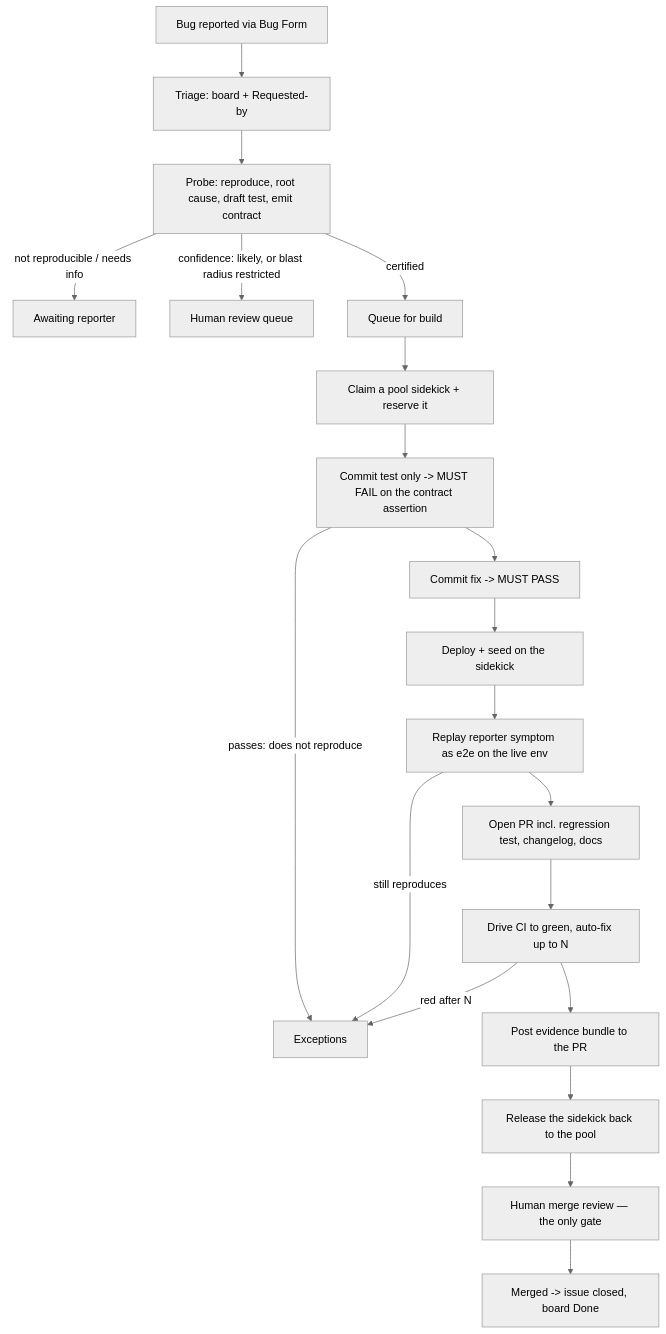
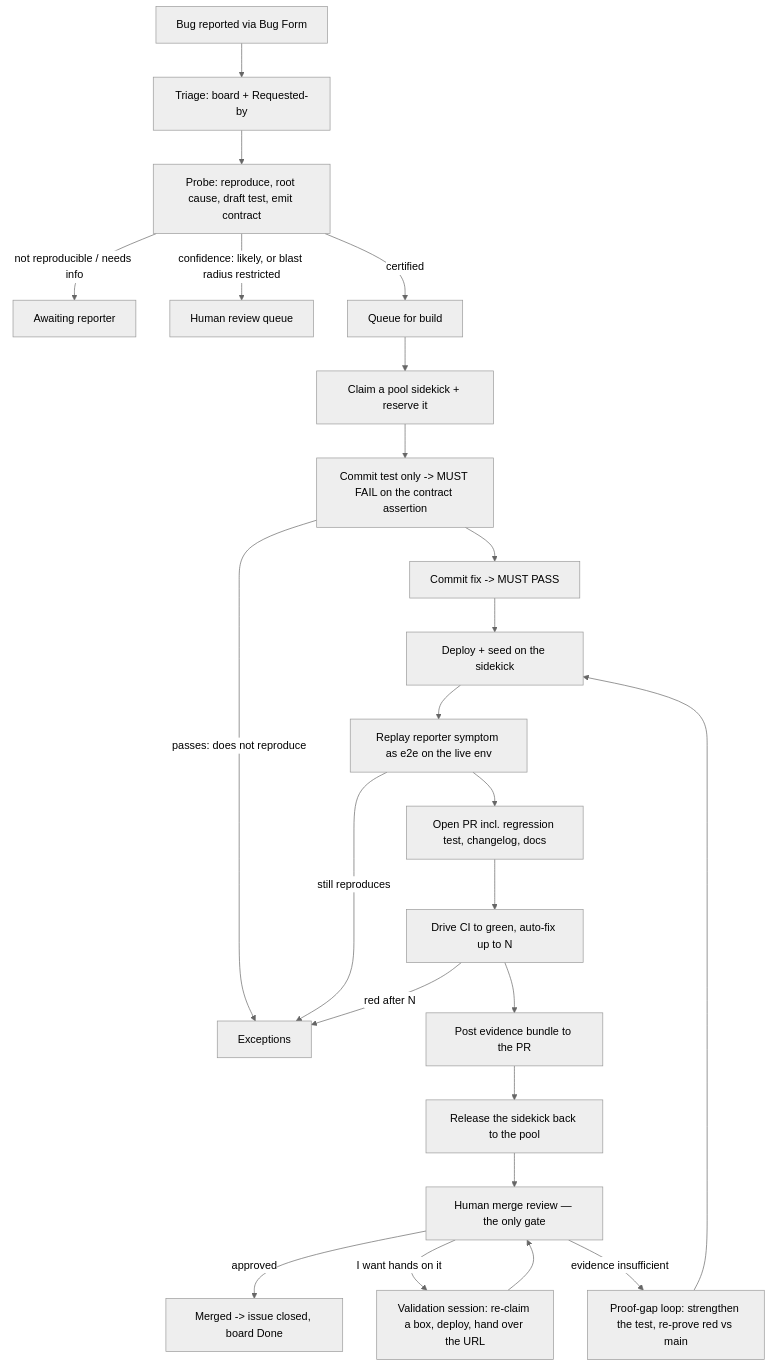
One commit to Fortigi/IdentityAtlas changed the diagram in docs/process/autonomous-bug-pipeline.md. Above: the diagram before and after it, drawn with Mermaid (neutral theme). The commit also changed other lines of this file, not shown here.

````diff
--- a/docs/process/autonomous-bug-pipeline.md
+++ b/docs/process/autonomous-bug-pipeline.md
@@ -102,22 +106,26 @@
 ```mermaid
 flowchart TD
     A[Bug reported via Bug Form] --> B[Triage: board + Requested-by]
     B --> C[Probe: reproduce, root cause, draft test, emit contract]
     C -->|not reproducible / needs info| D[Awaiting reporter]
     C -->|confidence: likely, or blast radius restricted| E[Human review queue]
     C -->|certified| F[Queue for build]
     F --> G[Claim a pool sidekick + reserve it]
     G --> H[Commit test only -> MUST FAIL on the contract assertion]
     H -->|passes: does not reproduce| X[Exceptions]
     H --> I[Commit fix -> MUST PASS]
     I --> J[Deploy + seed on the sidekick]
     J --> K[Replay reporter symptom as e2e on the live env]
     K -->|still reproduces| X
     K --> L[Open PR incl. regression test, changelog, docs]
     L --> M[Drive CI to green, auto-fix up to N]
     M -->|red after N| X
     M --> N[Post evidence bundle to the PR]
     N --> O[Release the sidekick back to the pool]
     O --> P[Human merge review — the only gate]
-    P --> Q[Merged -> issue closed, board Done]
+    P -->|approved| Q[Merged -> issue closed, board Done]
+    P -->|I want hands on it| R[Validation session: re-claim a box, deploy, hand over the URL]
+    P -->|evidence insufficient| S[Proof-gap loop: strengthen the test, re-prove red vs main]
+    R --> P
+    S --> J
 ```
````
